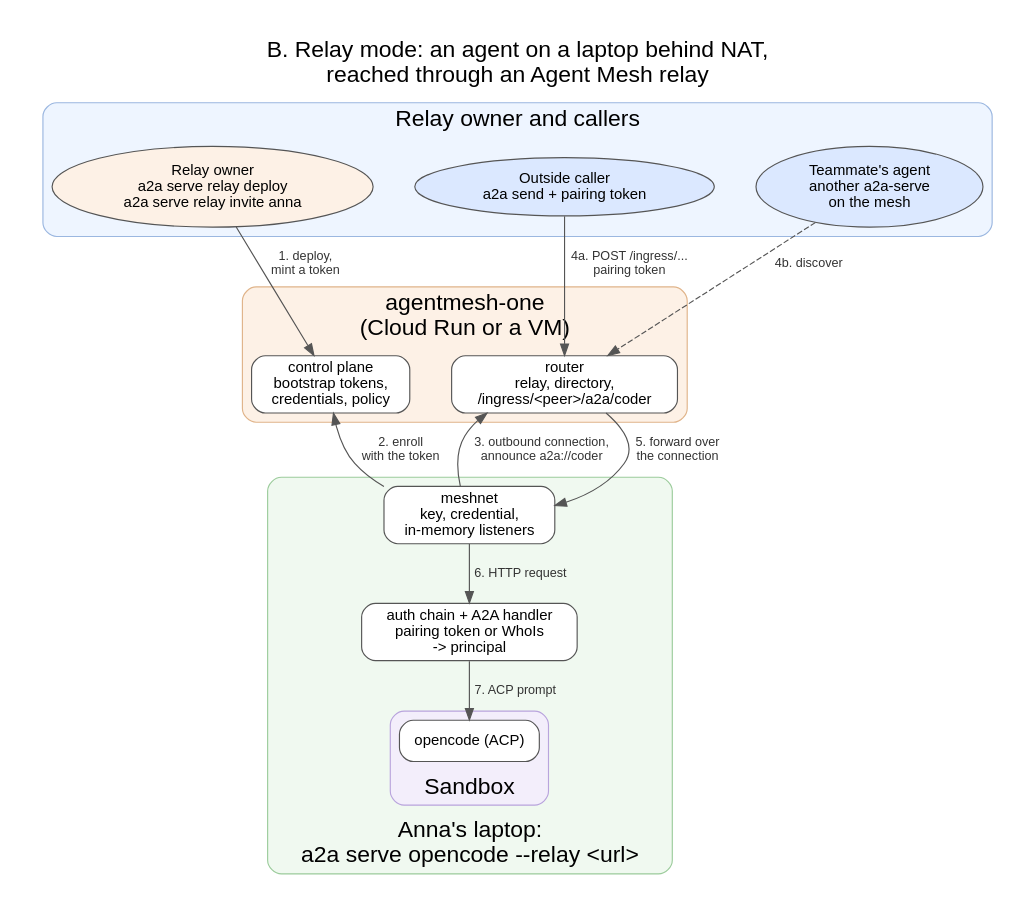
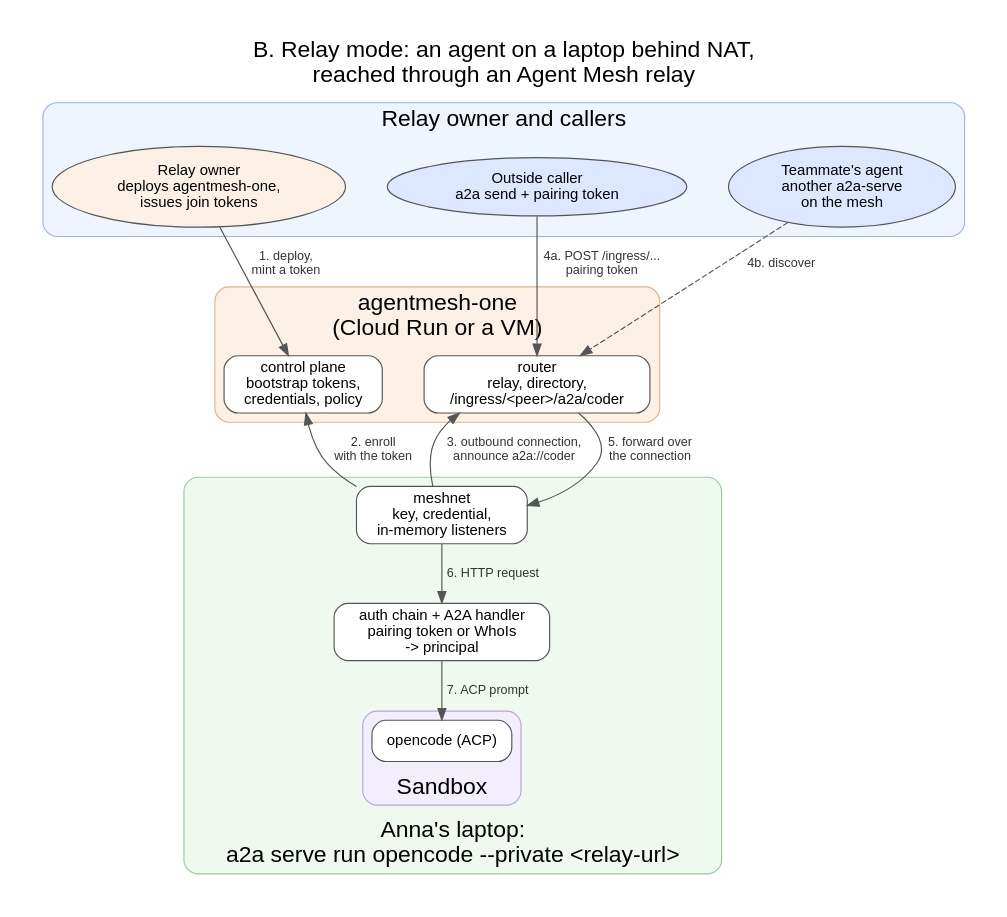
Before and after one commit to a2aproject/a2a-serve: the diagram in docs/graphs/agentmesh-relay.dot, drawn with Graphviz. The commit also changed 24 other files, not shown here.

```diff
--- a/docs/graphs/agentmesh-relay.dot
+++ b/docs/graphs/agentmesh-relay.dot
@@ -1,46 +1,46 @@
 // B. Relay mode: how an agent on a laptop behind NAT joins an Agent Mesh relay
 // and how calls reach it. Top to bottom: setup, callers, the relay, the laptop.
 // Render: dot -Tpng -Gdpi=110 agentmesh-relay.dot -o agentmesh-relay.png
 digraph agentmesh_relay {
   rankdir=TB;
   graph [fontname="Helvetica", nodesep=0.5, ranksep=0.55, pad=0.3, newrank=true,
          label="B. Relay mode: an agent on a laptop behind NAT,\nreached through an Agent Mesh relay", labelloc=t, fontsize=20];
   node  [fontname="Helvetica", fontsize=13, shape=box, style="rounded,filled", fillcolor="#ffffff", color="#555555"];
   edge  [fontname="Helvetica", fontsize=11, color="#555555", fontcolor="#333333"];
 
   subgraph cluster_callers {
     label="Relay owner and callers"; style="rounded,filled"; fillcolor="#eef5ff"; color="#9bb7e0";
     { rank=same;
-      Owner  [label="Relay owner\na2a serve relay deploy\na2a serve relay invite anna", shape=ellipse, fillcolor="#fdf1e6"];
+      Owner  [label="Relay owner\ndeploys agentmesh-one,\nissues join tokens", shape=ellipse, fillcolor="#fdf1e6"];
       Caller [label="Outside caller\na2a send + pairing token", shape=ellipse, fillcolor="#dbe8ff"];
       Peer   [label="Teammate's agent\nanother a2a-serve\non the mesh", shape=ellipse, fillcolor="#dbe8ff"];
     }
   }
 
   subgraph cluster_hub {
     label="agentmesh-one\n(Cloud Run or a VM)"; style="rounded,filled"; fillcolor="#fdf1e6"; color="#e0b48a";
     { rank=same;
       CP     [label="control plane\nbootstrap tokens,\ncredentials, policy"];
       Router [label="router\nrelay, directory,\n/ingress/<peer>/a2a/coder"];
     }
   }
 
   subgraph cluster_laptop {
-    label="Anna's laptop:\na2a serve opencode --relay <url>"; labelloc=b; style="rounded,filled"; fillcolor="#f0f9f0"; color="#9ccc9c";
+    label="Anna's laptop:\na2a serve run opencode --private <relay-url>"; labelloc=b; style="rounded,filled"; fillcolor="#f0f9f0"; color="#9ccc9c";
     Mesh [label="meshnet\nkey, credential,\nin-memory listeners"];
     Core [label="auth chain + A2A handler\npairing token or WhoIs\n-> principal"];
     subgraph cluster_sb {
       label="Sandbox"; style="rounded,filled"; fillcolor="#f3eefb"; color="#b9a4dd";
       Harness [label="opencode (ACP)"];
     }
   }
 
   Owner -> CP [label="1. deploy,\nmint a token"];
   CP -> Mesh [dir=back, label="2. enroll\nwith the token"];
   Router -> Mesh [dir=back, label="3. outbound connection,\nannounce a2a://coder"];
   Caller -> Router [label="4a. POST /ingress/...\npairing token"];
   Peer -> Router [label="4b. discover", style=dashed];
   Router -> Mesh [label="5. forward over\nthe connection"];
   Mesh -> Core [label="6. HTTP request"];
   Core -> Harness [label="7. ACP prompt"];
 }
```
